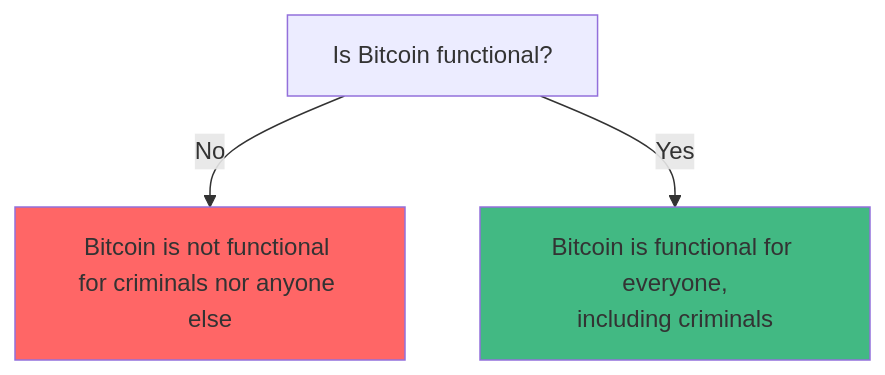
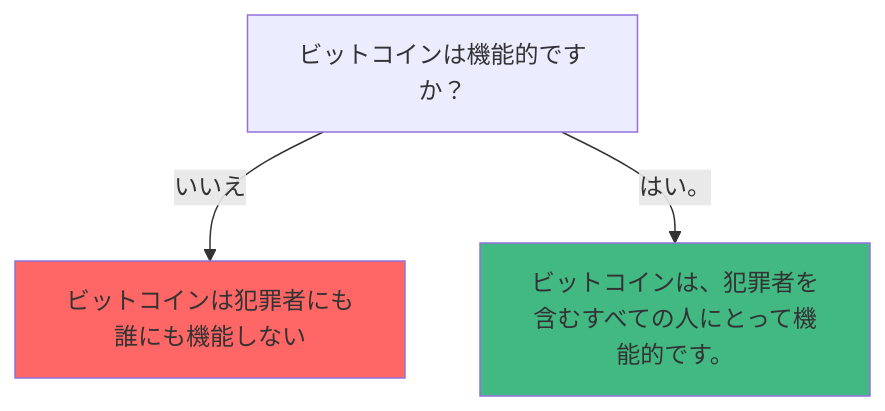
Before and after one commit to rene78/BitcoinMythBusters: the first of 2 diagrams in ja/README.md, drawn with Mermaid. The commit also changed other lines of this file, not shown here.

````diff
--- a/ja/README.md
+++ b/ja/README.md
@@ -54,8 +54,8 @@
   ```mermaid
   graph TD
-  A[Is Bitcoin functional?] --> |No| B[Bitcoin is not functional <br/>for criminals nor anyone else]
-  A --> |Yes| C[Bitcoin is functional for everyone,<br/>including criminals]
+  A["ビットコインは機能的ですか？"] --> |"いいえ"| B["ビットコインは犯罪者にも誰にも機能しない"]
+  A --> |"はい。"| C["ビットコインは、犯罪者を含むすべての人にとって機能的です。"]
 
   style B fill:#ff6666
   style C fill:#42B983
   ```
````
